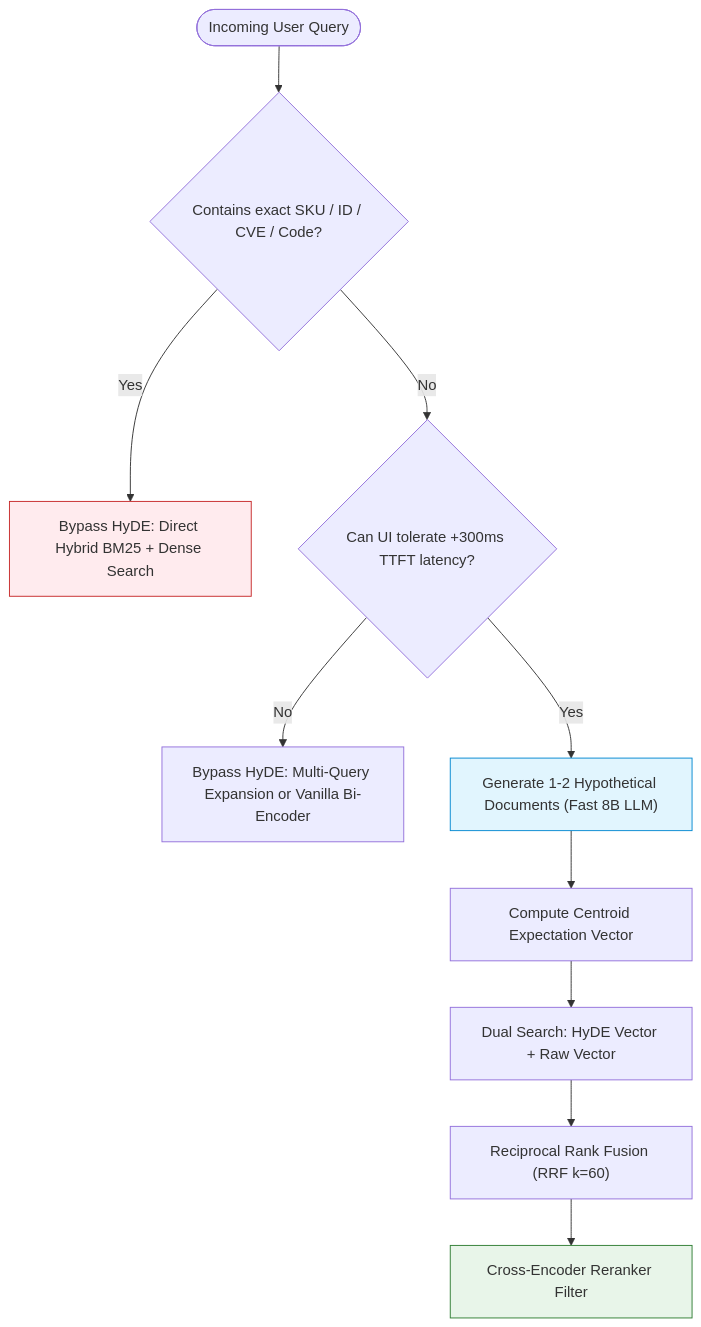
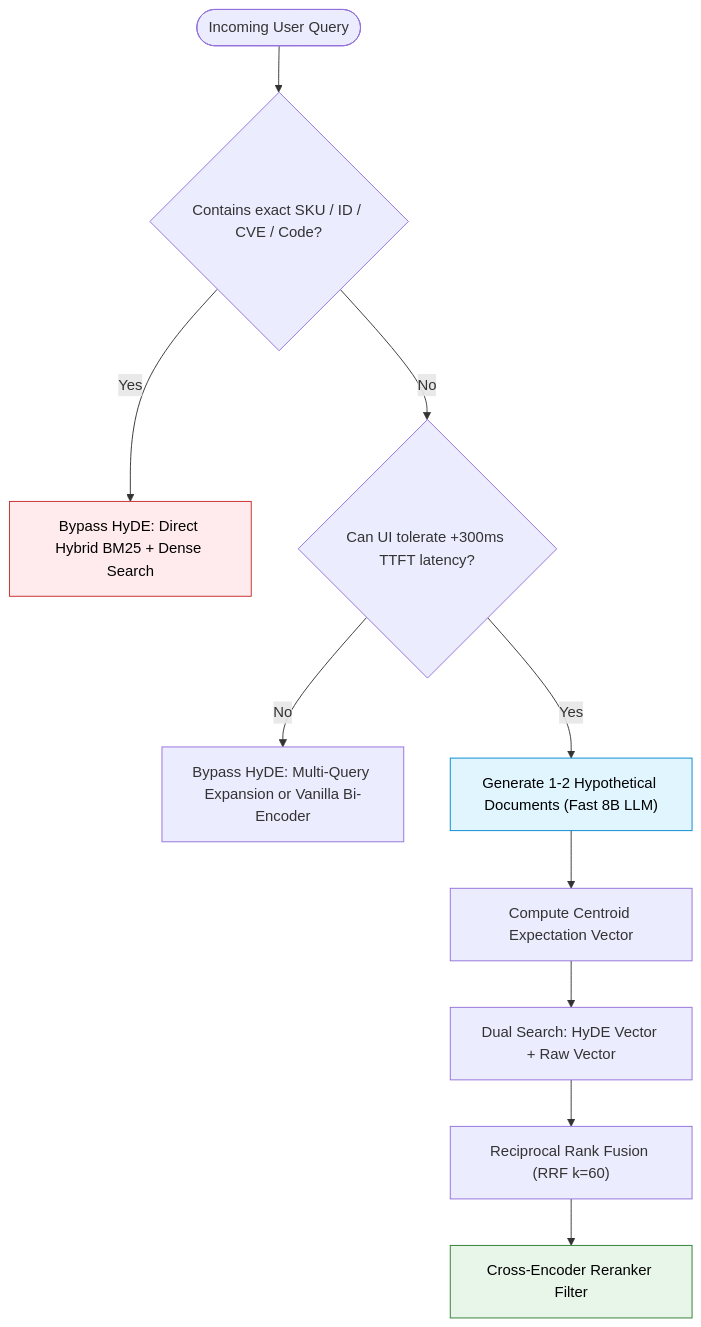
One commit to swapnil3104/RAG-Engineering changed the fourth of 4 diagrams in 06-Advanced-RAG/HyDE.md. Above: the diagram before and after it, drawn with Mermaid. The commit also changed other lines of this file and 108 other files, not shown here.

Commit message:
fix: make chart text visible across all Mermaid diagrams and resolve markdown table formatting issues

````diff
--- a/06-Advanced-RAG/HyDE.md
+++ b/06-Advanced-RAG/HyDE.md
@@ -453,19 +453,19 @@
 ```mermaid
 flowchart TD
     InQuery([Incoming User Query]) --> CheckEntity{"Contains exact SKU / ID / CVE / Code?"}
 
     CheckEntity -->|Yes| DirectSearch["Bypass HyDE: Direct Hybrid BM25 + Dense Search"]
     CheckEntity -->|No| CheckLatency{"Can UI tolerate +300ms TTFT latency?"}
 
     CheckLatency -->|No| FastSearch["Bypass HyDE: Multi-Query Expansion or Vanilla Bi-Encoder"]
     CheckLatency -->|Yes| RunHyDE["Generate 1-2 Hypothetical Documents (Fast 8B LLM)"]
     
     RunHyDE --> Centroid["Compute Centroid Expectation Vector"]
     Centroid --> DualSearch["Dual Search: HyDE Vector + Raw Vector"]
     DualSearch --> Fusion["Reciprocal Rank Fusion (RRF k=60)"]
     Fusion --> CrossEncoder["Cross-Encoder Reranker Filter"]
 
-    style DirectSearch fill:#ffebee,stroke:#c62828,stroke-width:1px
-    style RunHyDE fill:#e1f5fe,stroke:#0288d1,stroke-width:1px
-    style CrossEncoder fill:#e8f5e9,stroke:#2e7d32,stroke-width:1px
+    style DirectSearch fill:#ffebee,stroke:#c62828,stroke-width:1px,color:#000000
+    style RunHyDE fill:#e1f5fe,stroke:#0288d1,stroke-width:1px,color:#000000
+    style CrossEncoder fill:#e8f5e9,stroke:#2e7d32,stroke-width:1px,color:#000000
 ```
````
